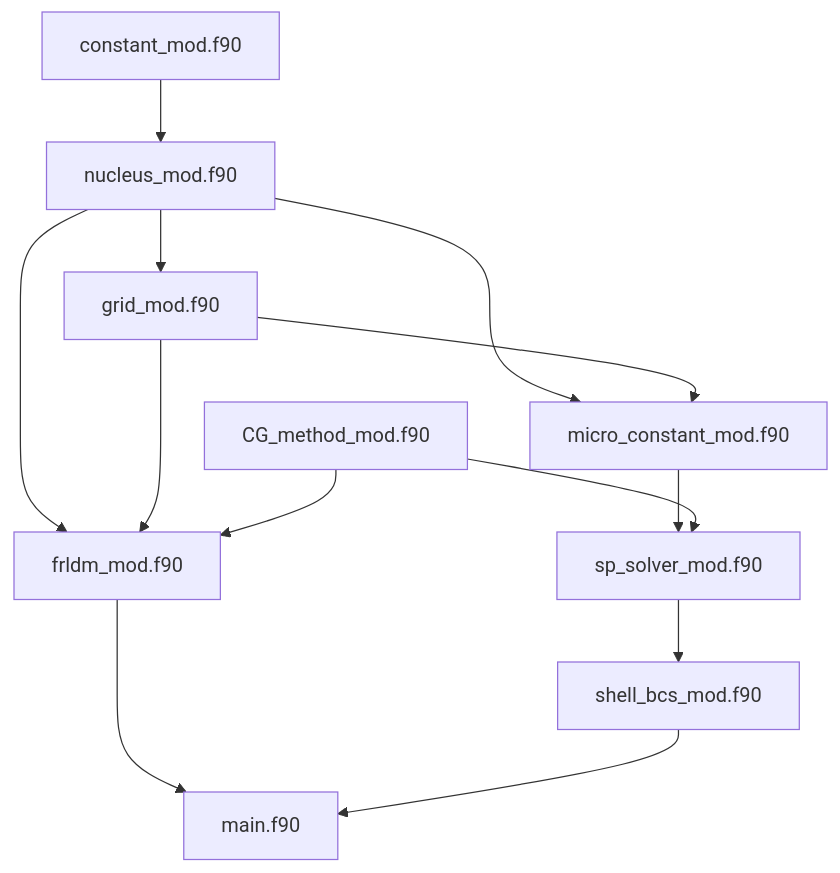
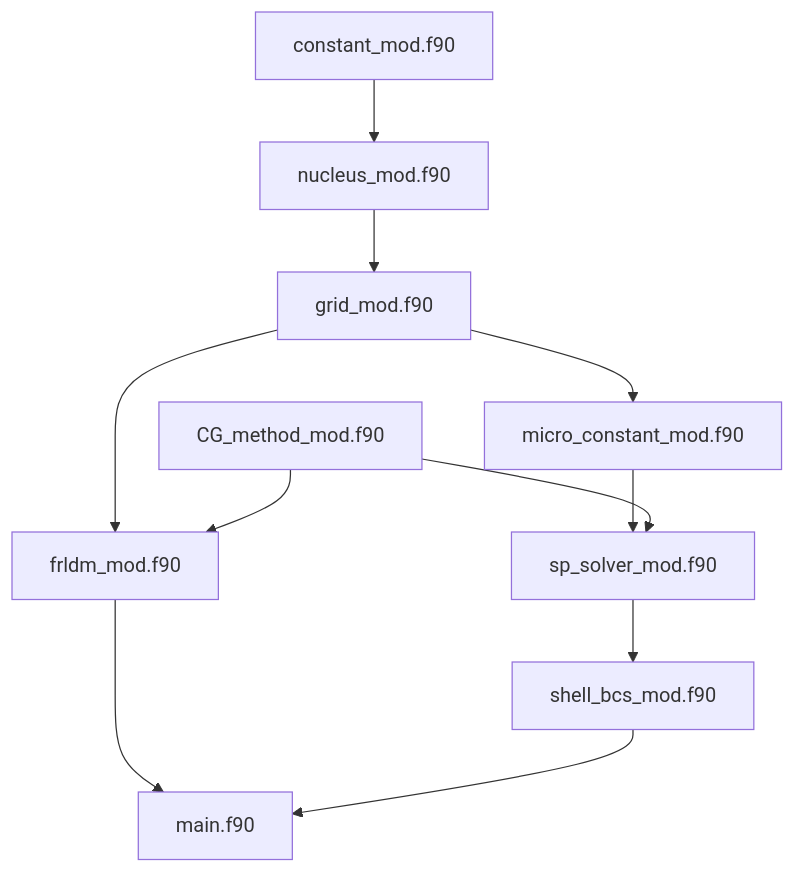
One commit to tanamarugithuber/Microscopic-Macroscopic- changed the diagram in README.md. Above: the diagram before and after it, drawn with Mermaid.

````diff
--- a/README.md
+++ b/README.md
@@ -11,16 +11,14 @@
 ```mermaid
 graph TD;
     constant_mod.f90-->nucleus_mod.f90;
     nucleus_mod.f90-->grid_mod.f90;
-    nucleus_mod.f90-->frldm_mod.f90;
     grid_mod.f90-->frldm_mod.f90;
     CG_method_mod.f90-->frldm_mod.f90;
-    nucleus_mod.f90-->micro_constant_mod.f90;
     grid_mod.f90-->micro_constant_mod.f90;
     micro_constant_mod.f90-->sp_solver_mod.f90
     CG_method_mod.f90-->sp_solver_mod.f90
     sp_solver_mod.f90-->shell_bcs_mod.f90
     frldm_mod.f90-->main.f90
     shell_bcs_mod.f90-->main.f90
 
 ```
````
